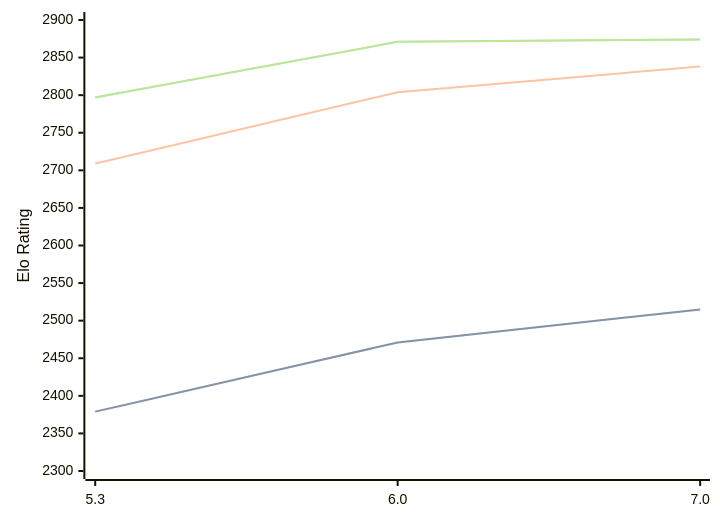
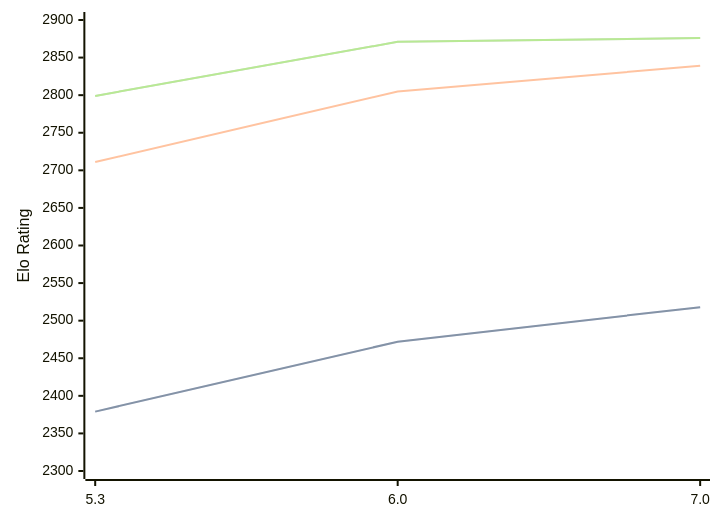
One commit to computer-chess-index/cci changed the diagram in engines/tomitankChess.md. Above: the diagram before and after it, drawn with Mermaid. The commit also changed other lines of this file, not shown here.

Commit message:
Update CCI Ratings (ELO VLTC) - 2026-07-25

````diff
--- a/engines/tomitankChess.md
+++ b/engines/tomitankChess.md
@@ -41,11 +41,11 @@
 ```mermaid
 %%{init: {"theme":"base","themeVariables":{"seriesColors:['#a3a3a3','#222221','#faa371']}}}%%
 xychart-beta
   x-axis ["5.3", "6.0", "7.0"]
   y-axis "Elo Rating" 2300 --> 2900
-  line "STC (8.0+0.08s)" [2379, 2471, 2515]
-  line "STC (8.0+0.08s)" [2379, 2471, 2515]
-  line "LTC (60.0+0.60s)" [2709, 2804, 2838]
-  line "VLTC (2m24s+1.12s)" [2797, 2871, 2874]
-  line "VLTC (2m24s+1.12s)" [2797, 2871, 2874]
+  line "STC (8.0+0.08s)" [2379, 2472, 2518]
+  line "STC (8.0+0.08s)" [2379, 2472, 2518]
+  line "LTC (60.0+0.60s)" [2711, 2805, 2839]
+  line "VLTC (2m24s+1.12s)" [2799, 2871, 2876]
+  line "VLTC (2m24s+1.12s)" [2799, 2871, 2876]
 ```
````
